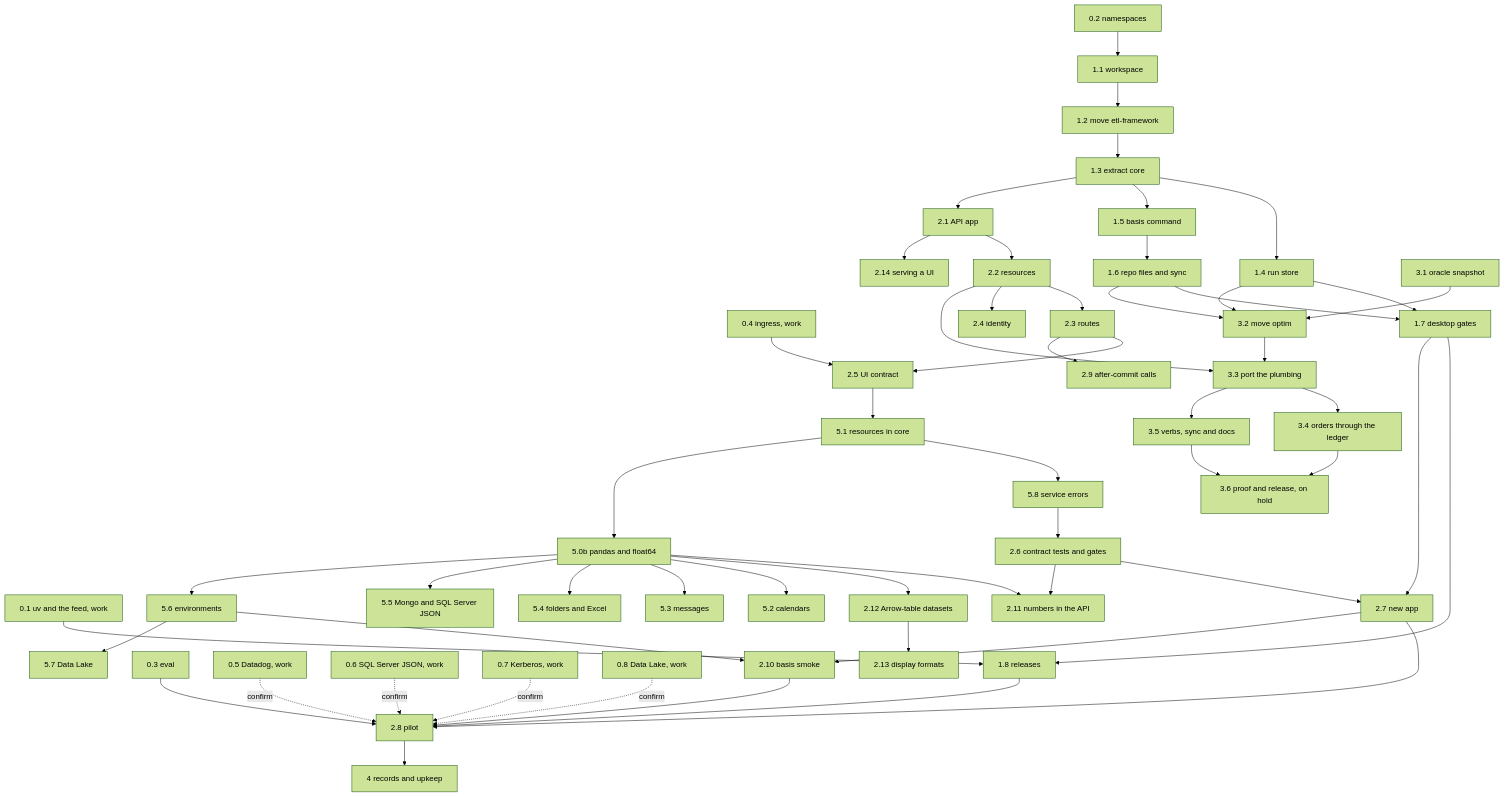
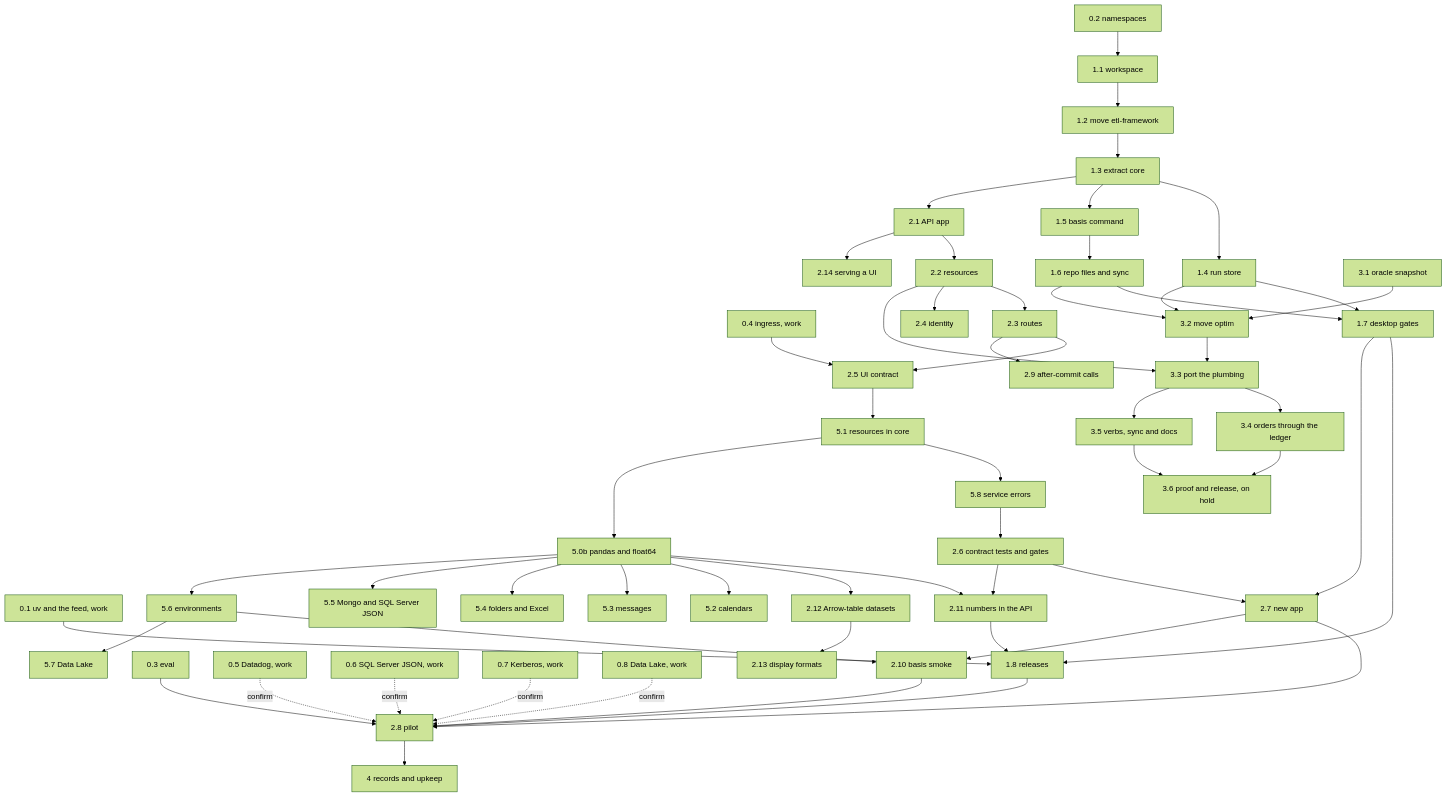
The diagram in docs/roadmap.md (jacobragsdale/basis), drawn with Mermaid (forest theme) before and after one commit. The commit also changed other lines of this file and 2 other files, not shown here.

Commit message:
docs, from the maintainer: float columns always nullable, no integer enums in datasets, which verbs a repo without [tool.basis] allows, v0.1.0 after 2.11, and routes under /api beside a UI

````diff
--- a/docs/roadmap.md
+++ b/docs/roadmap.md
@@ -31,40 +31,40 @@
 ```mermaid
 flowchart TD
   s01[0.1 uv and the feed, work] --> r8[1.8 releases]
   s02[0.2 namespaces] --> r1[1.1 workspace]
   s03[0.3 eval] --> a8[2.8 pilot]
   s04[0.4 ingress, work] --> a5[2.5 UI contract]
   s05[0.5 Datadog, work] -. confirm .-> a8
   s06[0.6 SQL Server JSON, work] -. confirm .-> a8
   s07[0.7 Kerberos, work] -. confirm .-> a8
   s08[0.8 Data Lake, work] -. confirm .-> a8
   r1 --> r2[1.2 move etl-framework] --> r3[1.3 extract core]
   r3 --> r4[1.4 run store]
   r3 --> r5[1.5 basis command] --> r6[1.6 repo files and sync] --> r7[1.7 desktop gates]
   r4 --> r7
   r7 --> r8
   r3 --> a1[2.1 API app] --> a2[2.2 resources] --> a3[2.3 routes] --> a5 --> c1[5.1 resources in core] --> c8[5.8 service errors] --> a6[2.6 contract tests and gates] --> a7[2.7 new app] --> a8
   a2 --> a4[2.4 identity]
   a1 --> a14[2.14 serving a UI]
-  a6 --> a11[2.11 numbers in the API]
+  a6 --> a11[2.11 numbers in the API] --> r8
   c0 --> a11
   c0 --> a12[2.12 Arrow-table datasets] --> a13[2.13 display formats]
   a3 --> a9[2.9 after-commit calls]
   r7 --> a7
   r8 --> a8
   a7 --> a10[2.10 basis smoke]
   c6 --> a10
   a10 --> a8
   r4 --> o2[3.2 move optim]
   r6 --> o2
   o1[3.1 oracle snapshot] --> o2 --> o3[3.3 port the plumbing] --> o4[3.4 orders through the ledger] --> o6[3.6 proof and release, on hold]
   a2 --> o3
   o3 --> o5[3.5 verbs, sync and docs] --> o6
   a8 --> g[4 records and upkeep]
   c1 --> c0[5.0b pandas and float64]
   c0 --> c2[5.2 calendars]
   c0 --> c3[5.3 messages]
   c0 --> c4[5.4 folders and Excel]
   c0 --> c5[5.5 Mongo and SQL Server JSON]
   c0 --> c6[5.6 environments] --> c7[5.7 Data Lake]
 ```
````
